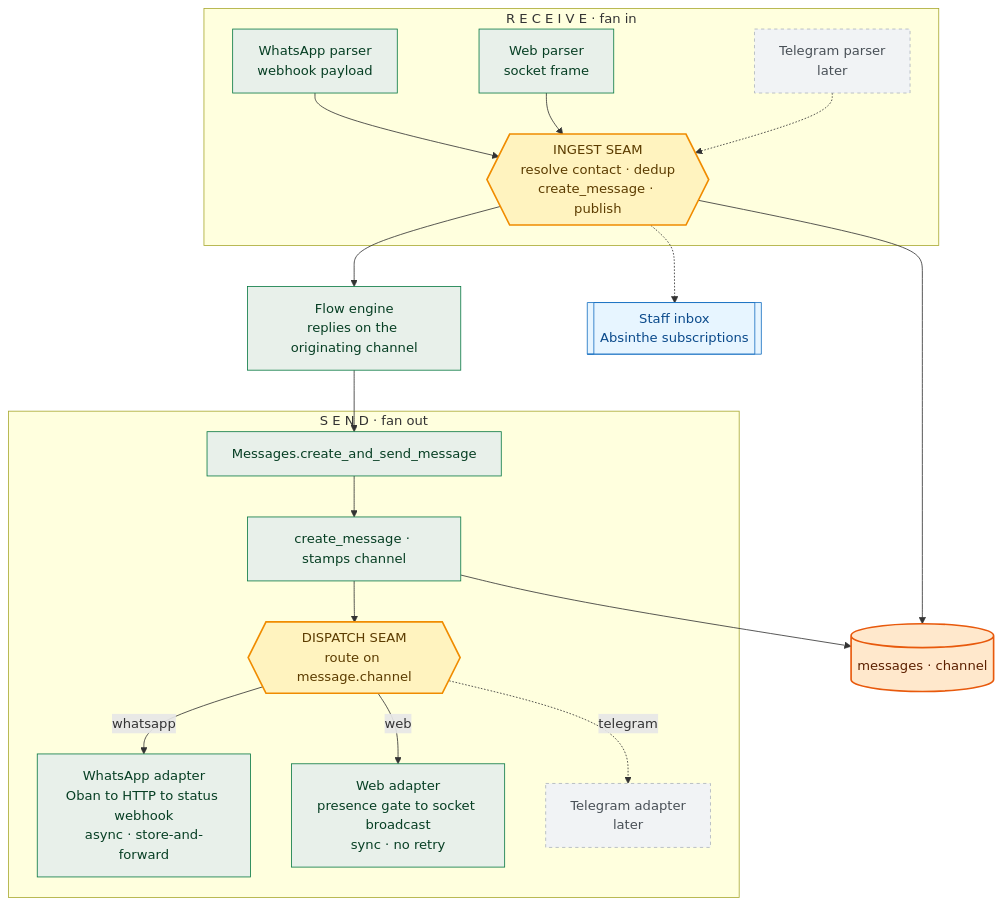
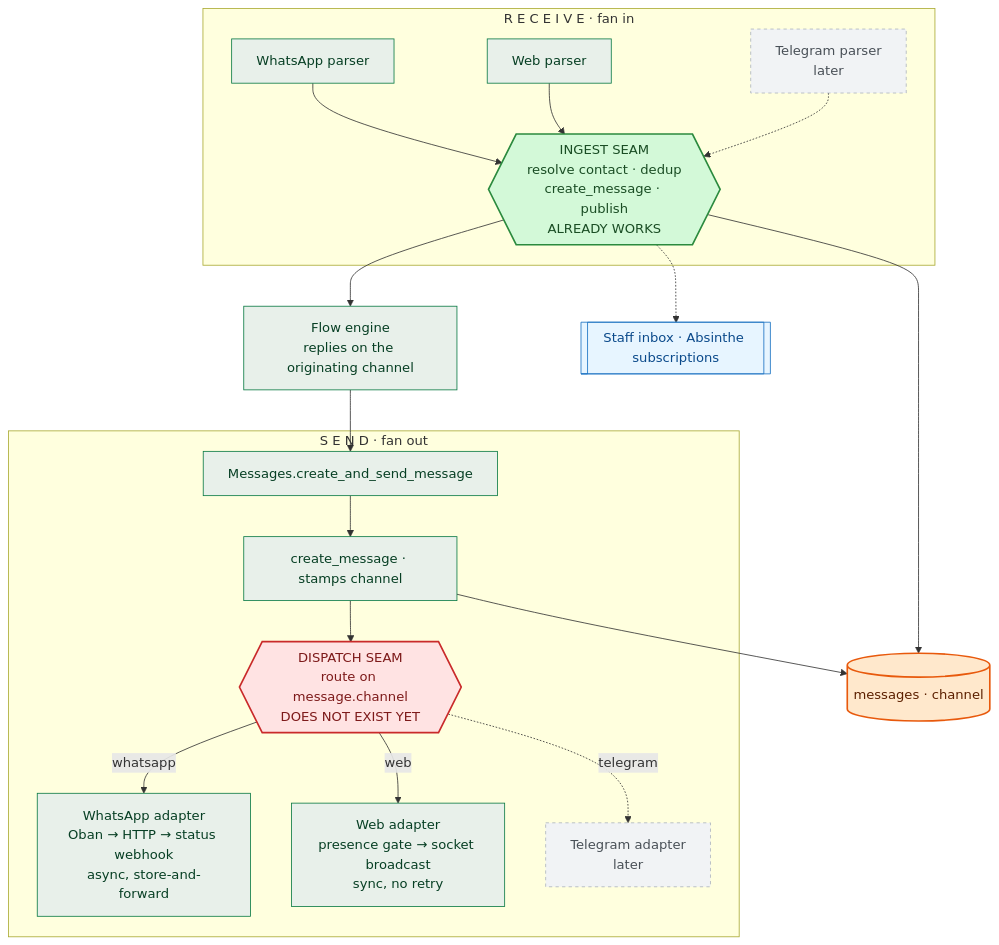
The first of 4 diagrams in plans/web-channel/tech-design.md (glific/glific), drawn with Mermaid before and after one commit. The commit also changed other lines of this file and 3 other files, not shown here.

First line of the commit message:
docs(web-channel): restructure design + capture research

````diff
--- a/plans/web-channel/tech-design.md
+++ b/plans/web-channel/tech-design.md
@@ -218,42 +63,38 @@
 ```mermaid
 flowchart TB
   subgraph SEND["S E N D  ·  fan out"]
     S1["Messages.create_and_send_message"]:::mod
     S2["create_message · stamps channel"]:::mod
-    DISPATCH{{"DISPATCH SEAM<br/>route on message.channel"}}:::seam
-    A1["WhatsApp adapter<br/>Oban to HTTP to status webhook<br/>async · store-and-forward"]:::mod
-    A2["Web adapter<br/>presence gate to socket broadcast<br/>sync · no retry"]:::mod
+    DISPATCH{{"DISPATCH SEAM<br/>route on message.channel<br/>DOES NOT EXIST YET"}}:::gap
+    A1["WhatsApp adapter<br/>Oban → HTTP → status webhook<br/>async, store-and-forward"]:::mod
+    A2["Web adapter<br/>presence gate → socket broadcast<br/>sync, no retry"]:::mod
     A3["Telegram adapter<br/>later"]:::later
   end
-
   subgraph RECV["R E C E I V E  ·  fan in"]
-    P1["WhatsApp parser<br/>webhook payload"]:::mod
-    P2["Web parser<br/>socket frame"]:::mod
+    P1["WhatsApp parser"]:::mod
+    P2["Web parser"]:::mod
     P3["Telegram parser<br/>later"]:::later
-    INGEST{{"INGEST SEAM<br/>resolve contact · dedup<br/>create_message · publish"}}:::seam
+    INGEST{{"INGEST SEAM<br/>resolve contact · dedup<br/>create_message · publish<br/>ALREADY WORKS"}}:::seam
   end
-
   MSG[("messages · channel")]:::db
   FLOW["Flow engine<br/>replies on the originating channel"]:::mod
-  INBOX[["Staff inbox<br/>Absinthe subscriptions"]]:::sink
-
+  INBOX[["Staff inbox · Absinthe subscriptions"]]:::sink
   S1 --> S2 --> DISPATCH
   DISPATCH -->|"whatsapp"| A1
   DISPATCH -->|"web"| A2
   DISPATCH -.->|"telegram"| A3
   S2 --> MSG
-
   P1 --> INGEST
   P2 --> INGEST
   P3 -.-> INGEST
   INGEST --> MSG
   INGEST --> FLOW
   INGEST -.-> INBOX
   FLOW --> S1
-
-  classDef seam fill:#fff3bf,stroke:#f08c00,stroke-width:2px,color:#5c3c00
+  classDef seam fill:#d3f9d8,stroke:#2b8a3e,stroke-width:2px,color:#1a4d24
+  classDef gap fill:#ffe3e3,stroke:#c92a2a,stroke-width:2px,color:#7d1a1a
   classDef mod fill:#e8f0ea,stroke:#0b7a45,color:#073f24
   classDef db fill:#ffe8cc,stroke:#e8590c,stroke-width:2px,color:#5c2000
   classDef sink fill:#e7f5ff,stroke:#1971c2,color:#0b4a8b
   classDef later fill:#f1f3f5,stroke:#adb5bd,stroke-dasharray:4,color:#495057
 ```
````
